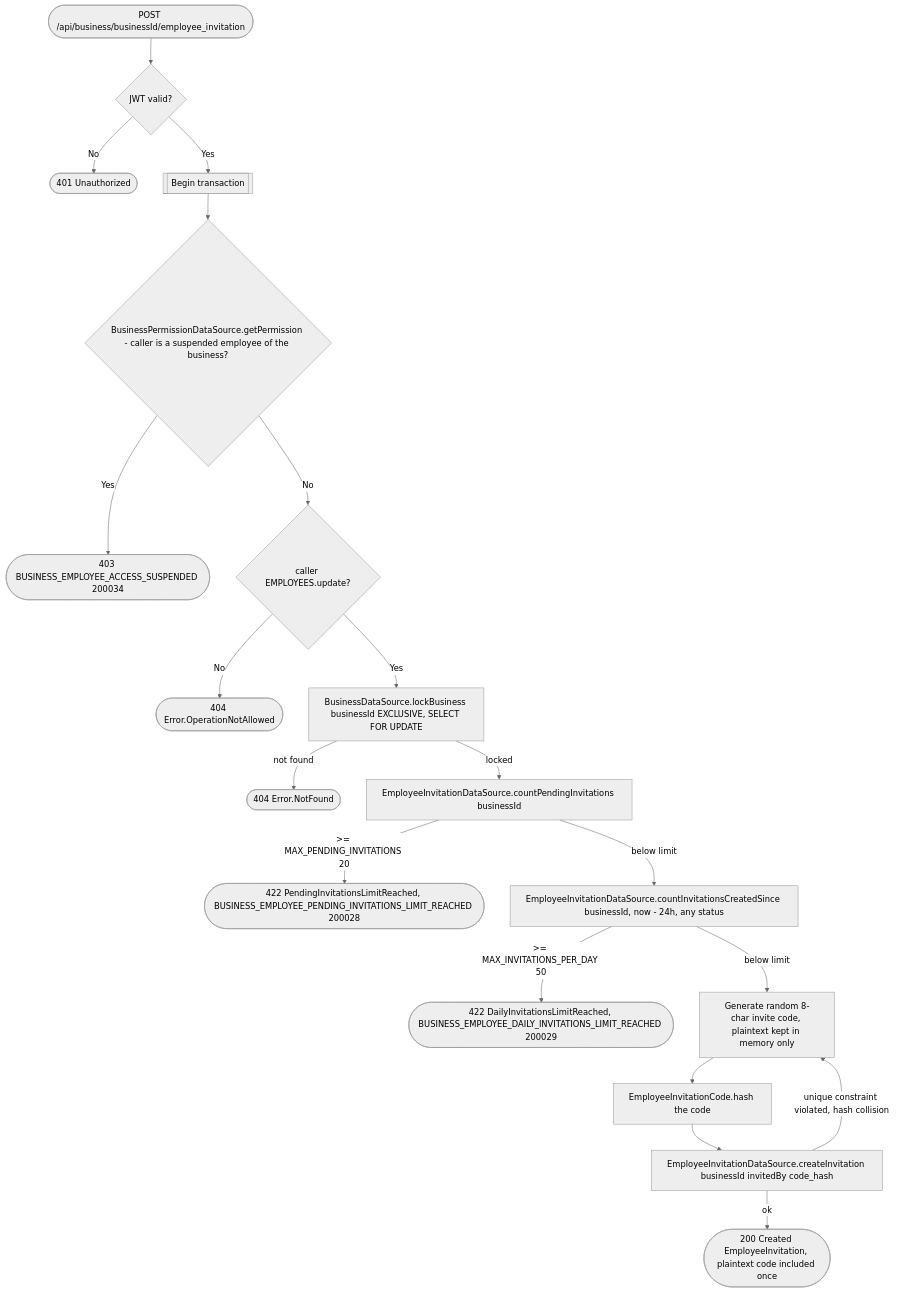
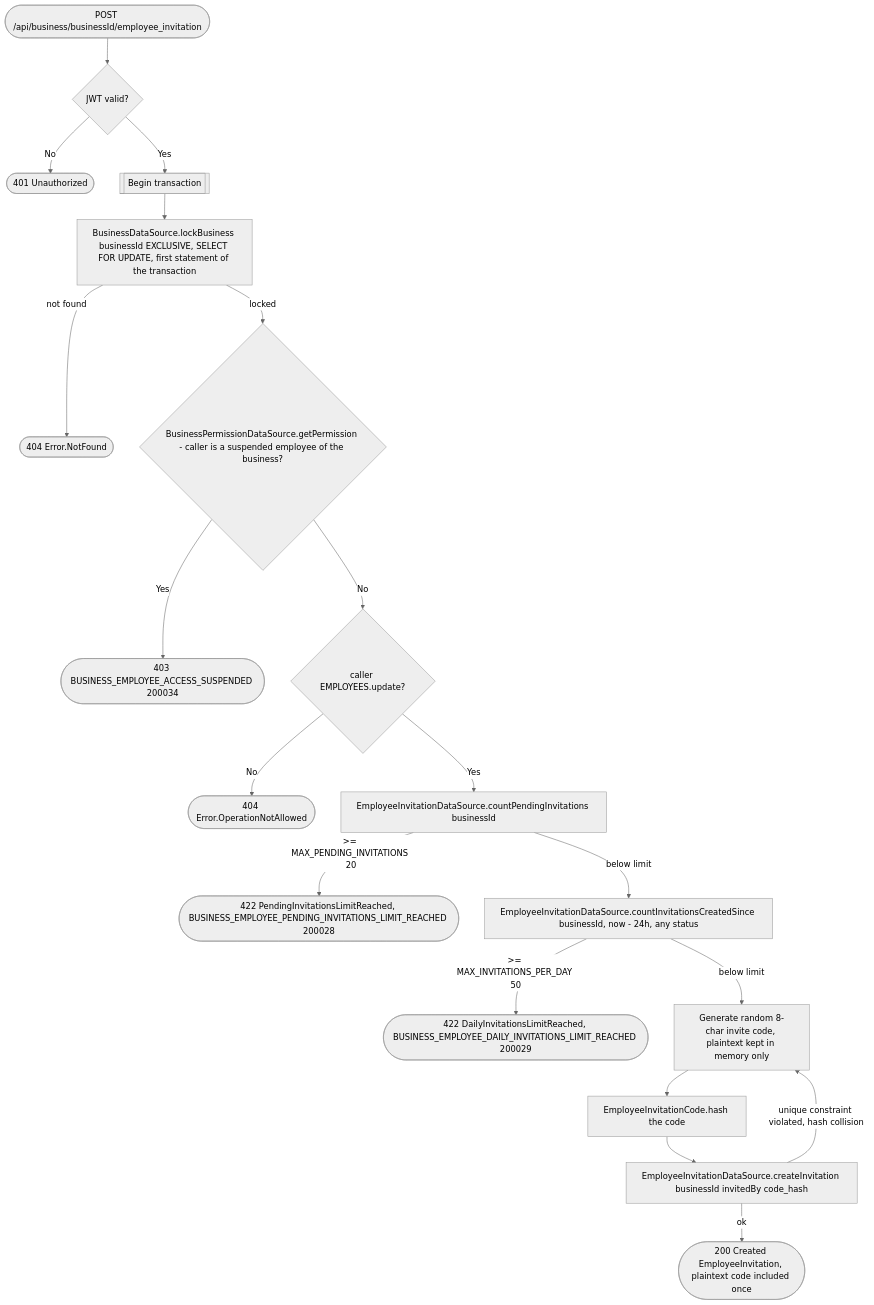
One commit to an22/bookk.me-backend changed the diagram in docs/operations/business/create-employee-invitation.md. Above: the diagram before and after it, drawn with Mermaid (neutral theme). The commit also changed other lines of this file and 24 other files, not shown here.

Commit message:
[ISSUE-84] business locks at the start of transaction

````diff
--- a/docs/operations/business/create-employee-invitation.md
+++ b/docs/operations/business/create-employee-invitation.md
@@ -57,21 +63,21 @@
 ```mermaid
 flowchart TD
     Start([POST /api/business/businessId/employee_invitation]) --> Auth{JWT valid?}
     Auth -- No --> R401([401 Unauthorized])
     Auth -- Yes --> Tx[[Begin transaction]]
-    Tx --> Suspended{BusinessPermissionDataSource.getPermission - caller is a suspended employee of the business?}
+    Tx --> LockBiz[BusinessDataSource.lockBusiness businessId EXCLUSIVE, SELECT FOR UPDATE, first statement of the transaction]
+    LockBiz -- not found --> R404b([404 Error.NotFound])
+    LockBiz -- locked --> Suspended{BusinessPermissionDataSource.getPermission - caller is a suspended employee of the business?}
     Suspended -- Yes --> R403s([403 BUSINESS_EMPLOYEE_ACCESS_SUSPENDED 200034])
     Suspended -- No --> Perm{caller EMPLOYEES.update?}
     Perm -- No --> R404a([404 Error.OperationNotAllowed])
-    Perm -- Yes --> LockBiz[BusinessDataSource.lockBusiness businessId EXCLUSIVE, SELECT FOR UPDATE]
-    LockBiz -- not found --> R404b([404 Error.NotFound])
-    LockBiz -- locked --> Count[EmployeeInvitationDataSource.countPendingInvitations businessId]
+    Perm -- Yes --> Count[EmployeeInvitationDataSource.countPendingInvitations businessId]
     Count -- ">= MAX_PENDING_INVITATIONS 20" --> R422([422 PendingInvitationsLimitReached, BUSINESS_EMPLOYEE_PENDING_INVITATIONS_LIMIT_REACHED 200028])
     Count -- below limit --> CountToday[EmployeeInvitationDataSource.countInvitationsCreatedSince businessId, now - 24h, any status]
     CountToday -- ">= MAX_INVITATIONS_PER_DAY 50" --> R422b([422 DailyInvitationsLimitReached, BUSINESS_EMPLOYEE_DAILY_INVITATIONS_LIMIT_REACHED 200029])
     CountToday -- below limit --> GenCode[Generate random 8-char invite code, plaintext kept in memory only]
     GenCode --> HashCode[EmployeeInvitationCode.hash the code]
     HashCode --> CreateInvite[EmployeeInvitationDataSource.createInvitation businessId invitedBy code_hash]
     CreateInvite -- unique constraint violated, hash collision --> GenCode
     CreateInvite -- ok --> R200([200 Created EmployeeInvitation, plaintext code included once])
 ```
````
